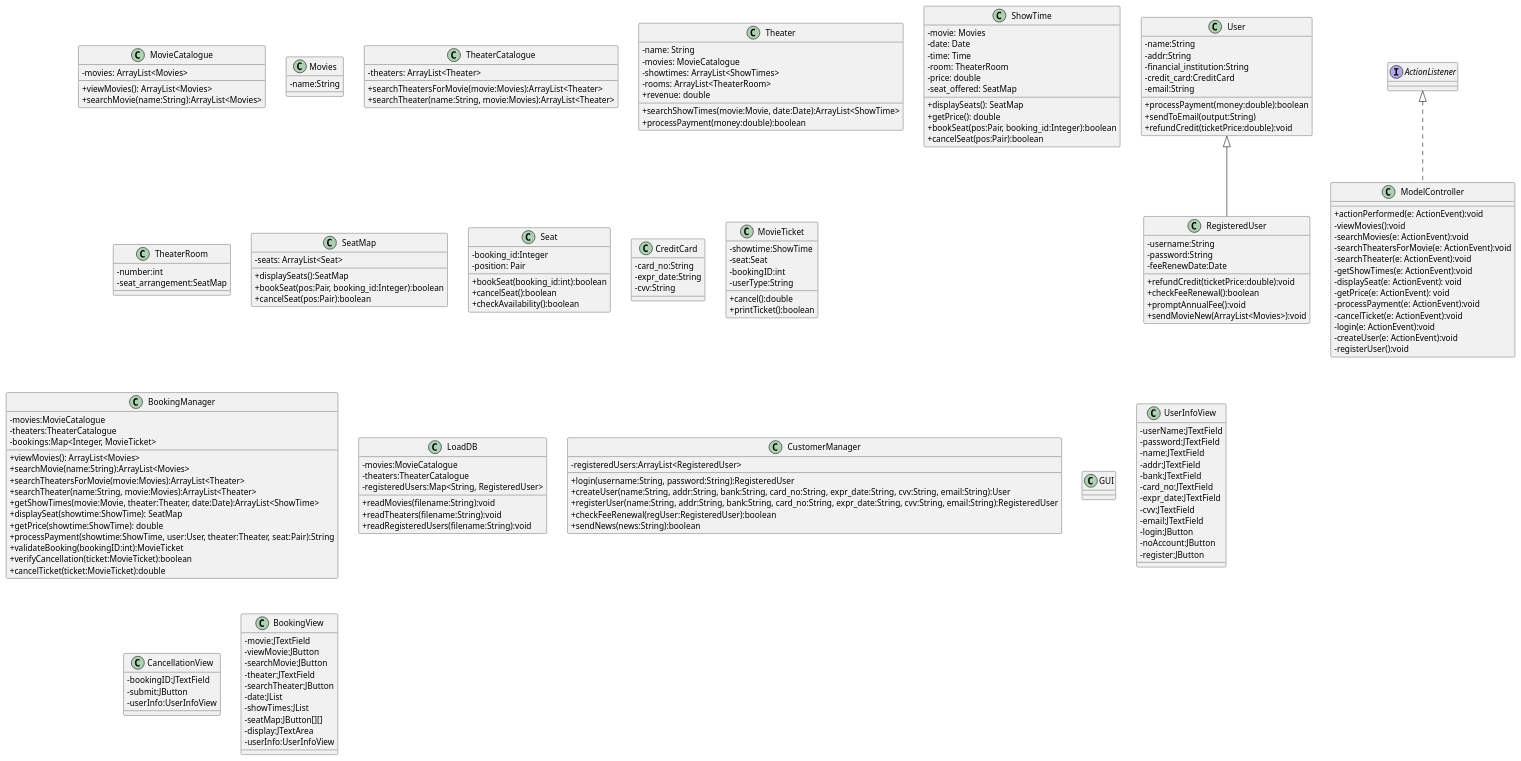
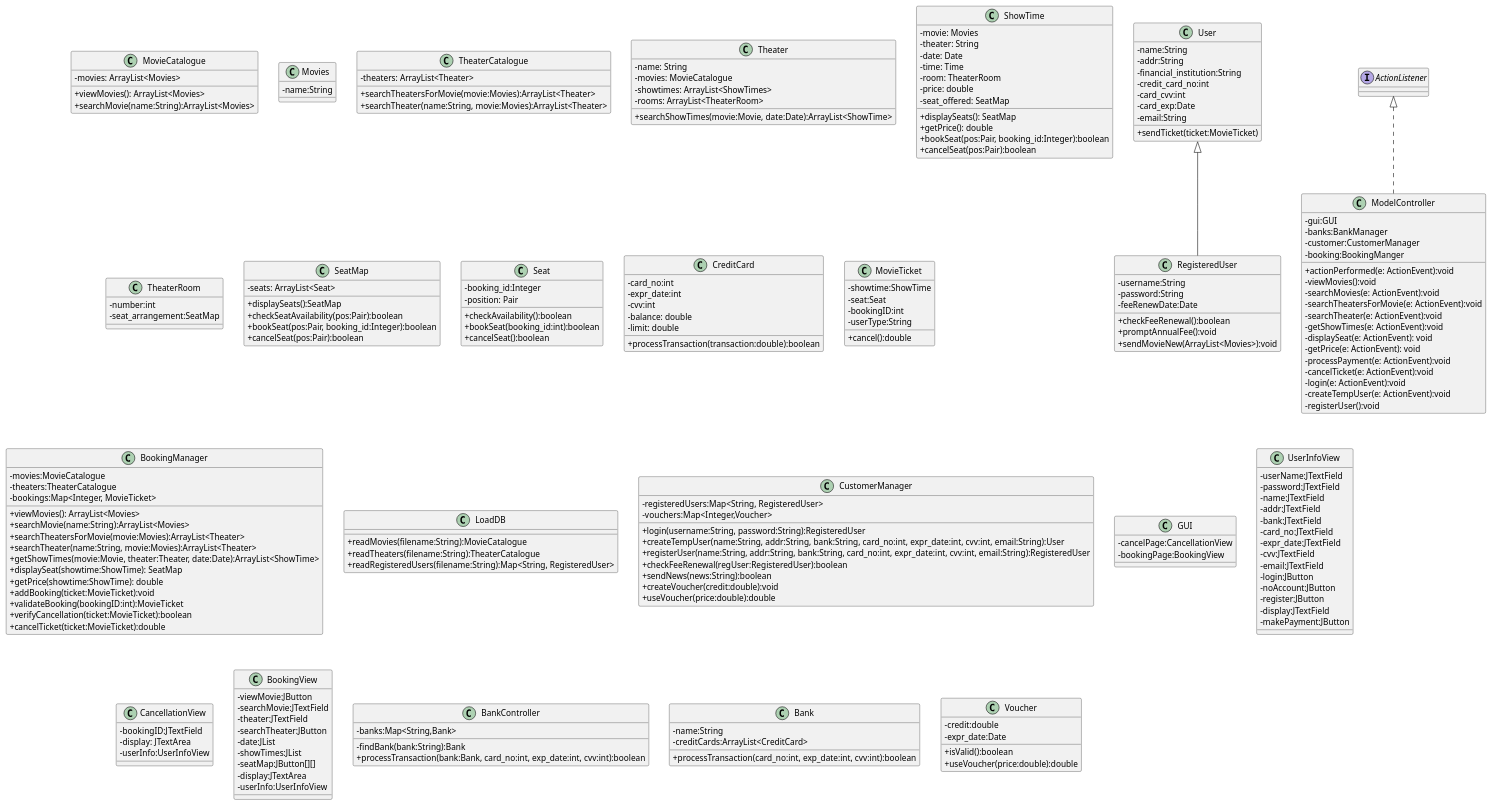
One commit to tongxu95/ENSF619_Project changed the diagram in ClassDiagram.plantuml. Above: the diagram before and after it, drawn with PlantUML. The commit also changed 3 other files, not shown here.

Commit message:
Add more entity classes, edit use case, package and class diagrams

```diff
--- a/ClassDiagram.plantuml
+++ b/ClassDiagram.plantuml
@@ -1,30 +1,34 @@
 @startuml 
 
 skinparam classAttributeIconSize 0
+
 class MovieCatalogue {
     - movies: ArrayList<Movies>
     + viewMovies(): ArrayList<Movies>
     + searchMovie(name:String):ArrayList<Movies>
 }
+
 class Movies {
     - name:String
 }
+
 class TheaterCatalogue {
     - theaters: ArrayList<Theater>
     + searchTheatersForMovie(movie:Movies):ArrayList<Theater>
     + searchTheater(name:String, movie:Movies):ArrayList<Theater>
 }
+
 class Theater {
     - name: String 
     - movies: MovieCatalogue 
     - showtimes: ArrayList<ShowTimes>
     - rooms: ArrayList<TheaterRoom>
-    + revenue: double
     + searchShowTimes(movie:Movie, date:Date):ArrayList<ShowTime>
-    + processPayment(money:double):boolean
 }
+
 class ShowTime {
     - movie: Movies
+    - theater: String
     - date: Date
     - time: Time
     - room: TheaterRoom
@@ -35,54 +39,63 @@
     + bookSeat(pos:Pair, booking_id:Integer):boolean
     + cancelSeat(pos:Pair):boolean
 }
+
 class TheaterRoom {
     - number:int
     - seat_arrangement:SeatMap
 }
+
 class SeatMap {
     - seats: ArrayList<Seat>
     + displaySeats():SeatMap
+    + checkSeatAvailability(pos:Pair):boolean
     + bookSeat(pos:Pair, booking_id:Integer):boolean
     + cancelSeat(pos:Pair):boolean
 }
+
 class Seat {
     - booking_id:Integer
     - position: Pair
+    + checkAvailability():boolean
     + bookSeat(booking_id:int):boolean
     + cancelSeat():boolean
-    + checkAvailability():boolean
 }
+
 class User {
     - name:String 
     - addr:String
-    - financial_institution:String 
-    - credit_card:CreditCard
+    - financial_institution:String
+    - credit_card_no:int
+    - card_cvv:int
+    - card_exp:Date
     - email:String
-    + processPayment(money:double):boolean
-    + sendToEmail(output:String)
-    + refundCredit(ticketPrice:double):void
+    + sendTicket(ticket:MovieTicket)
 }
+
 class RegisteredUser extends User {
     - username:String
     - password:String
     - feeRenewDate:Date
-    + refundCredit(ticketPrice:double):void
     + checkFeeRenewal():boolean
     + promptAnnualFee():void
     + sendMovieNew(ArrayList<Movies>):void
 }
+
 class CreditCard {
-    - card_no:String 
-    - expr_date:String
-    - cvv:String 
+    - card_no:int 
+    - expr_date:int
+    - cvv:int 
+    - balance: double
+    - limit: double
+ 	+ processTransaction(transaction:double):boolean
 }
+
 class MovieTicket {
     - showtime:ShowTime 
     - seat:Seat
     - bookingID:int
     - userType:String
     + cancel():double
-    + printTicket():boolean
 }
 
 class BookingManager {
@@ -96,30 +109,35 @@
     + getShowTimes(movie:Movie, theater:Theater, date:Date):ArrayList<ShowTime>
     + displaySeat(showtime:ShowTime): SeatMap
     + getPrice(showtime:ShowTime): double
-    + processPayment(showtime:ShowTime, user:User, theater:Theater, seat:Pair):String
+    + addBooking(ticket:MovieTicket):void
     + validateBooking(bookingID:int):MovieTicket
     + verifyCancellation(ticket:MovieTicket):boolean
     + cancelTicket(ticket:MovieTicket):double
 }
+
 class LoadDB {
-    - movies:MovieCatalogue
-    - theaters:TheaterCatalogue
-    - registeredUsers:Map<String, RegisteredUser>
-    + readMovies(filename:String):void
-    + readTheaters(filename:String):void
-    + readRegisteredUsers(filename:String):void
+    + readMovies(filename:String):MovieCatalogue
+    + readTheaters(filename:String):TheaterCatalogue
+    + readRegisteredUsers(filename:String):Map<String, RegisteredUser>
 }
 
 class CustomerManager {
-    - registeredUsers:ArrayList<RegisteredUser>
+    - registeredUsers:Map<String, RegisteredUser>
+    - vouchers:Map<Integer,Voucher>
     + login(username:String, password:String):RegisteredUser
-    + createUser(name:String, addr:String, bank:String, card_no:String, expr_date:String, cvv:String, email:String):User
-    + registerUser(name:String, addr:String, bank:String, card_no:String, expr_date:String, cvv:String, email:String):RegisteredUser
+    + createTempUser(name:String, addr:String, bank:String, card_no:int, expr_date:int, cvv:int, email:String):User
+    + registerUser(name:String, addr:String, bank:String, card_no:int, expr_date:int, cvv:int, email:String):RegisteredUser
     + checkFeeRenewal(regUser:RegisteredUser):boolean
     + sendNews(news:String):boolean
+    + createVoucher(credit:double):void
+    + useVoucher(price:double):double
 }
 
 class ModelController implements ActionListener {
+	- gui:GUI
+	- banks:BankManager
+	- customer:CustomerManager
+	- booking:BookingManger
 	+ actionPerformed(e: ActionEvent):void
 	- viewMovies():void
 	- searchMovies(e: ActionEvent):void
@@ -131,11 +149,13 @@
     - processPayment(e: ActionEvent):void
     - cancelTicket(e: ActionEvent):void
     - login(e: ActionEvent):void
-    - createUser(e: ActionEvent):void
+    - createTempUser(e: ActionEvent):void
     - registerUser():void
 }
 
 class GUI {
+	- cancelPage:CancellationView
+	- bookingPage:BookingView
 }
 
 class UserInfoView {
@@ -151,18 +171,19 @@
 	- login:JButton
 	- noAccount:JButton
 	- register:JButton
+	- display:JTextField
+	- makePayment:JButton
 }
 
 class CancellationView {
 	- bookingID:JTextField
-	- submit:JButton
+	- display: JTextArea
 	- userInfo:UserInfoView
 }
 
 class BookingView {
-	- movie:JTextField
 	- viewMovie:JButton
-	- searchMovie:JButton
+	- searchMovie:JTextField
 	- theater:JTextField
 	- searchTheater:JButton
 	- date:JList
@@ -172,5 +193,22 @@
 	- userInfo:UserInfoView
 }
 
+class BankController {
+	- banks:Map<String,Bank>
+	- findBank(bank:String):Bank
+	+ processTransaction(bank:Bank, card_no:int, exp_date:int, cvv:int):boolean
+}
 
+class Bank {
+	- name:String
+	- creditCards:ArrayList<CreditCard>
+	+ processTransaction(card_no:int, exp_date:int, cvv:int):boolean
+}
+
+class Voucher {
+	- credit:double
+	- expr_date:Date
+	+ isValid():boolean
+	+ useVoucher(price:double):double
+}
 @enduml 
```
